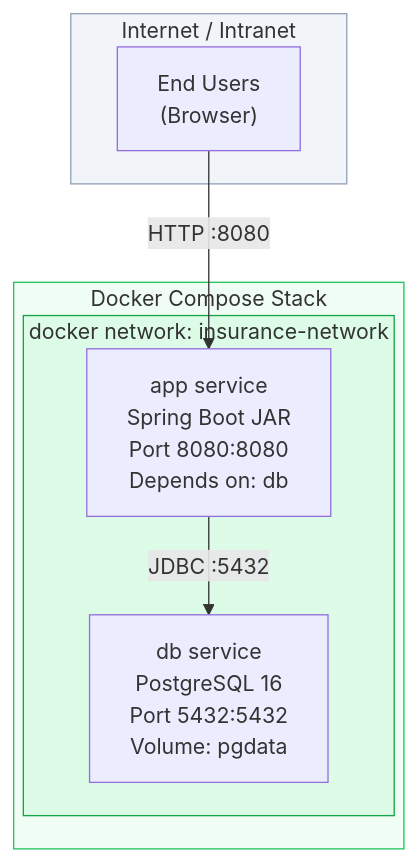
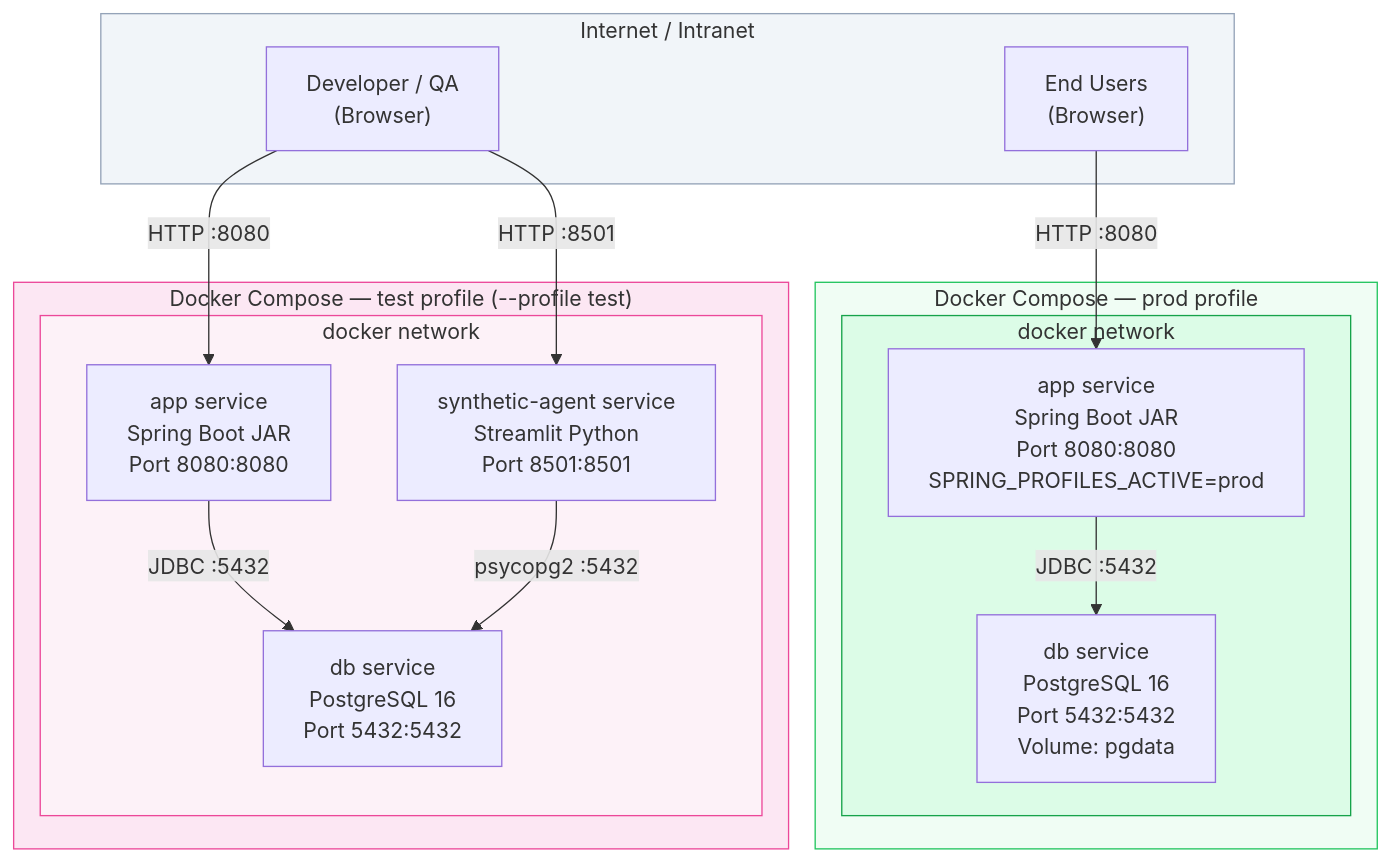
Before and after one commit to kv-sub/Random-ui: the ninth of 10 diagrams in docs/architecture/01-architecture-diagram.md, drawn with Mermaid. The commit also changed other lines of this file and 16 other files, not shown here.

Commit message:
Commit for synthetic agent integration

````diff
--- a/docs/architecture/01-architecture-diagram.md
+++ b/docs/architecture/01-architecture-diagram.md
@@ -334,20 +341,36 @@
 ```mermaid
 graph TB
     subgraph Internet["Internet / Intranet"]
         USER["End Users\n(Browser)"]
+        DEV["Developer / QA\n(Browser)"]
     end
 
-    subgraph DockerCompose["Docker Compose Stack"]
-        subgraph Net["docker network: insurance-network"]
-            APP["app service\nSpring Boot JAR\nPort 8080:8080\nDepends on: db"]
-            DB["db service\nPostgreSQL 16\nPort 5432:5432\nVolume: pgdata"]
+    subgraph ProdStack["Docker Compose — prod profile"]
+        subgraph ProdNet["docker network"]
+            APP_P["app service\nSpring Boot JAR\nPort 8080:8080\nSPRING_PROFILES_ACTIVE=prod"]
+            DB_P["db service\nPostgreSQL 16\nPort 5432:5432\nVolume: pgdata"]
         end
     end
 
-    USER -->|"HTTP :8080"| APP
-    APP -->|"JDBC :5432"| DB
+    subgraph TestStack["Docker Compose — test profile (--profile test)"]
+        subgraph TestNet["docker network"]
+            APP_T["app service\nSpring Boot JAR\nPort 8080:8080"]
+            DB_T["db service\nPostgreSQL 16\nPort 5432:5432"]
+            SA["synthetic-agent service\nStreamlit Python\nPort 8501:8501"]
+        end
+    end
+
+    USER -->|"HTTP :8080"| APP_P
+    APP_P -->|"JDBC :5432"| DB_P
+
+    DEV -->|"HTTP :8080"| APP_T
+    DEV -->|"HTTP :8501"| SA
+    APP_T -->|"JDBC :5432"| DB_T
+    SA -->|"psycopg2 :5432"| DB_T
 
     style Internet fill:#f1f5f9,stroke:#94a3b8
-    style DockerCompose fill:#f0fdf4,stroke:#22c55e
-    style Net fill:#dcfce7,stroke:#16a34a
+    style ProdStack fill:#f0fdf4,stroke:#22c55e
+    style ProdNet fill:#dcfce7,stroke:#16a34a
+    style TestStack fill:#fce7f3,stroke:#ec4899
+    style TestNet fill:#fdf2f8,stroke:#ec4899
 ```
````
